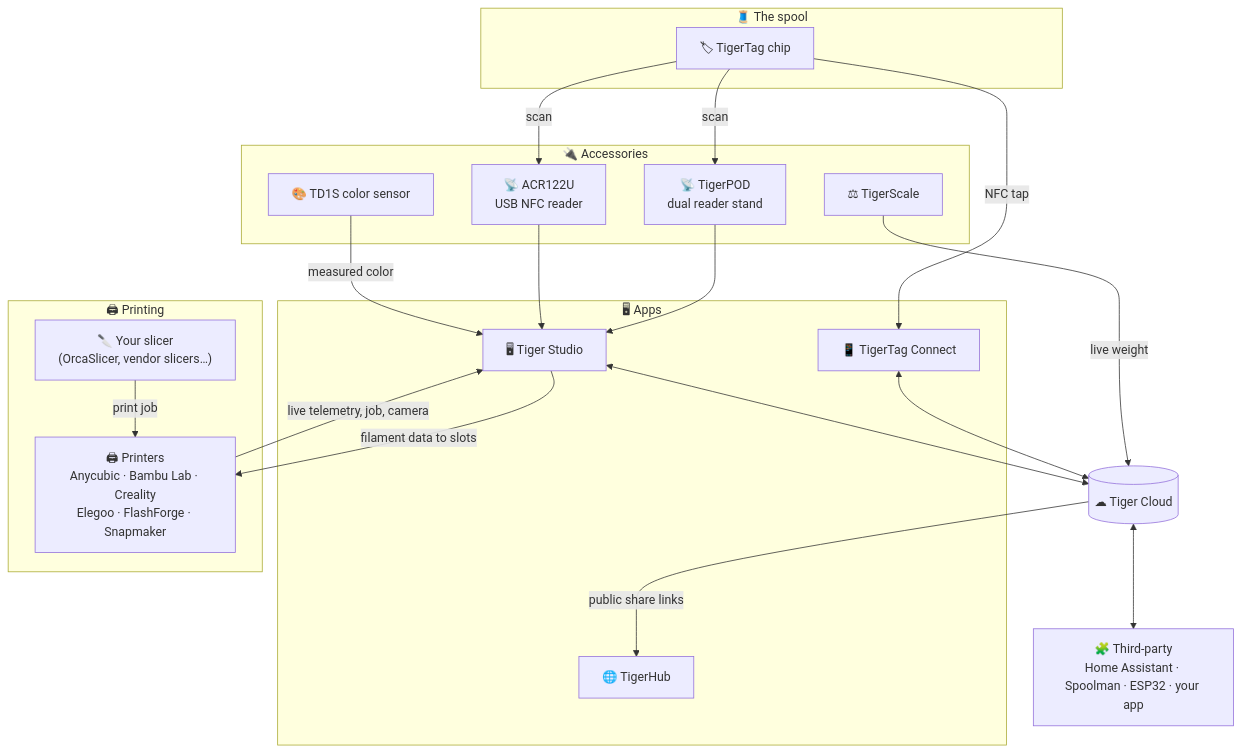
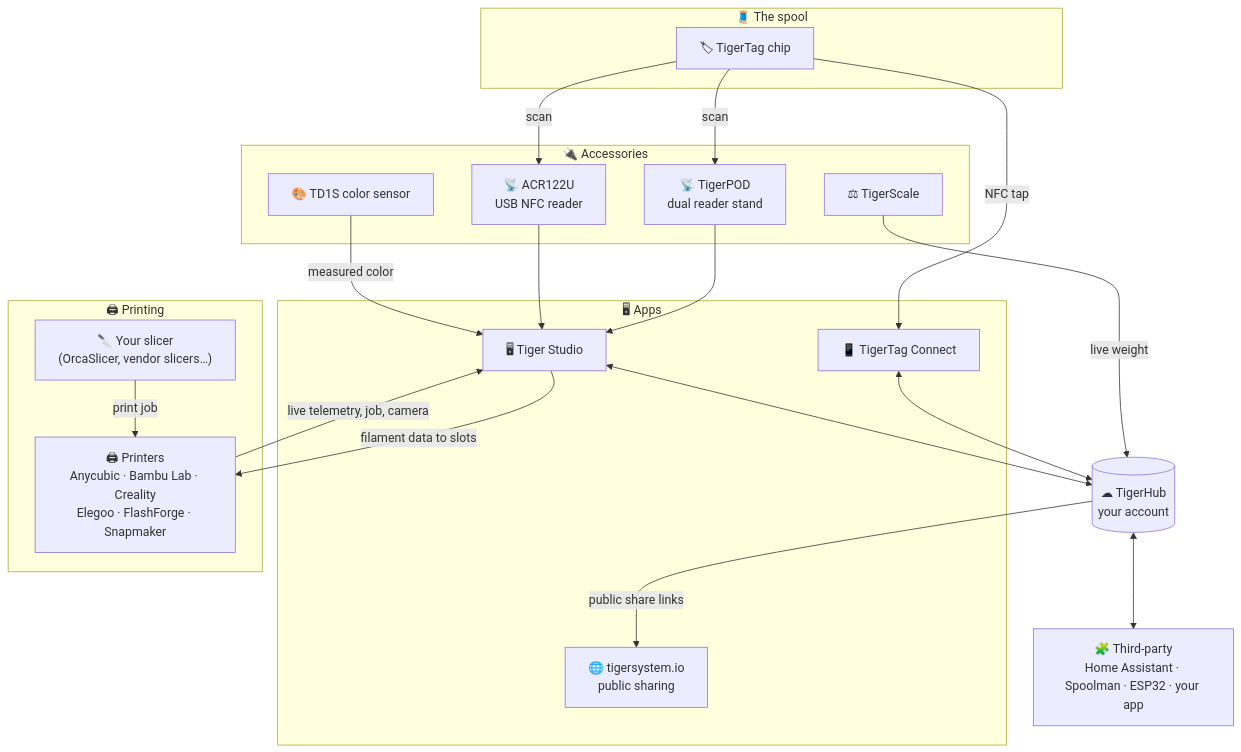
The second of 2 diagrams in docs/architecture/overview.md (TigerTag-Project/TigerSystem-Docs), drawn with Mermaid before and after one commit. The commit also changed other lines of this file and 23 other files, not shown here.

Commit message:
Fix terminology: the Firebase account backbone is TigerHub (drop the invented 'Tiger Cloud' name, merge the two product pages)

````diff
--- a/docs/architecture/overview.md
+++ b/docs/architecture/overview.md
@@ -40,36 +40,36 @@
 ```mermaid
 flowchart TB
     subgraph SP["🧵 The spool"]
         TAG["🏷 TigerTag chip"]
     end
     subgraph ACC["🔌 Accessories"]
         POD["📡 TigerPOD<br/>dual reader stand"]
         ACR["📡 ACR122U<br/>USB NFC reader"]
         SCALE["⚖ TigerScale"]
         TD1S["🎨 TD1S color sensor"]
     end
     subgraph APPS["🖥 Apps"]
         CO["📱 TigerTag Connect"]
         ST["🖥 Tiger Studio"]
-        HUB["🌐 TigerHub"]
+        WEB["🌐 tigersystem.io<br/>public sharing"]
     end
-    CLOUD[("☁ Tiger Cloud")]
+    CLOUD[("☁ TigerHub<br/>your account")]
     subgraph PRT["🖨 Printing"]
         SLICER["🔪 Your slicer<br/>(OrcaSlicer, vendor slicers…)"]
         PRN["🖨 Printers<br/>Anycubic · Bambu Lab · Creality<br/>Elegoo · FlashForge · Snapmaker"]
     end
     THIRD["🧩 Third-party<br/>Home Assistant · Spoolman · ESP32 · your app"]
 
     TAG -- "NFC tap" --> CO
     TAG -- "scan" --> POD --> ST
     TAG -- "scan" --> ACR --> ST
     TD1S -- "measured color" --> ST
     SCALE -- "live weight" --> CLOUD
     CO <--> CLOUD
     ST <--> CLOUD
-    CLOUD -- "public share links" --> HUB
+    CLOUD -- "public share links" --> WEB
     CLOUD <--> THIRD
     ST -- "filament data to slots" --> PRN
     PRN -- "live telemetry, job, camera" --> ST
     SLICER -- "print job" --> PRN
 ```
````
